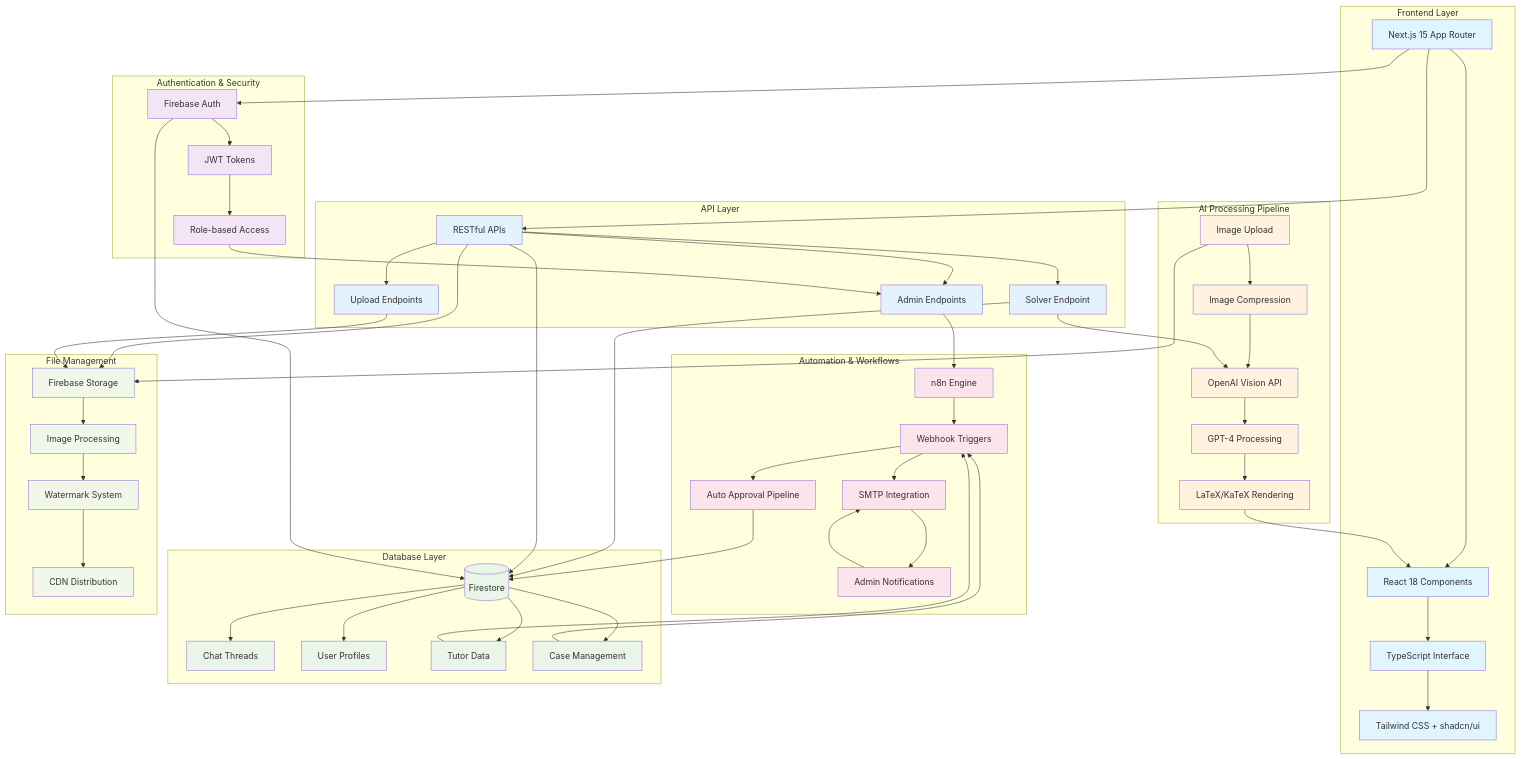
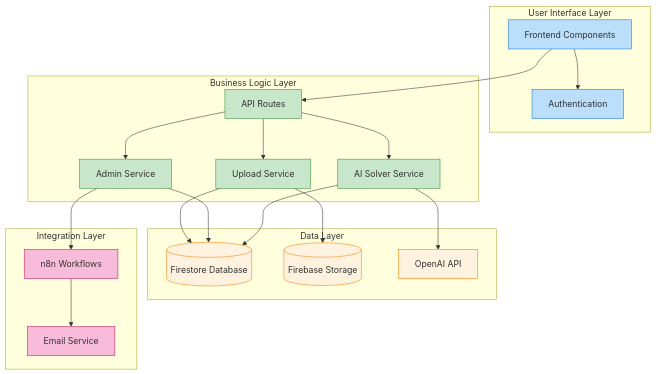
The second of 4 diagrams in README.md (eason034056/tutor-matching), drawn with Mermaid before and after one commit. The commit also changed other lines of this file, not shown here.

````diff
--- a/README.md
+++ b/README.md
@@ -66,121 +97,55 @@
 ```mermaid
-graph TB
-    subgraph "Frontend Layer"
-        A[Next.js 15 App Router]
-        B[React 18 Components]
-        C[TypeScript Interface]
-        D[Tailwind CSS + shadcn/ui]
-        A --> B
-        B --> C
-        C --> D
+graph TD
+    subgraph "User Interface Layer"
+        UI[Frontend Components]
+        Auth[Authentication]
     end
     
-    subgraph "Authentication & Security"
-        E[Firebase Auth]
-        F[JWT Tokens]
-        G[Role-based Access]
-        E --> F
-        F --> G
+    subgraph "Business Logic Layer"
+        API[API Routes]
+        Solver[AI Solver Service]
+        Admin[Admin Service]
+        Upload[Upload Service]
     end
     
-    subgraph "AI Processing Pipeline"
-        H[Image Upload]
-        I[Image Compression]
-        J[OpenAI Vision API]
-        K[GPT-4 Processing]
-        L[LaTeX/KaTeX Rendering]
-        H --> I
-        I --> J
-        J --> K
-        K --> L
+    subgraph "Data Layer"
+        DB[(Firestore Database)]
+        Storage[(Firebase Storage)]
+        AI[OpenAI API]
     end
     
-    subgraph "Database Layer"
-        M[(Firestore)]
-        N[Chat Threads]
-        O[User Profiles]
-        P[Tutor Data]
-        Q[Case Management]
-        M --> N
-        M --> O
-        M --> P
-        M --> Q
+    subgraph "Integration Layer"
+        N8N[n8n Workflows]
+        Email[Email Service]
     end
     
-    subgraph "Automation & Workflows"
-        R[n8n Engine]
-        S[Webhook Triggers]
-        T[SMTP Integration]
-        U[Admin Notifications]
-        V[Auto Approval Pipeline]
-        R --> S
-        S --> T
-        T --> U
-        S --> V
-    end
+    %% Clean connections
+    UI --> Auth
+    UI --> API
     
-    subgraph "File Management"
-        W[Firebase Storage]
-        X[Image Processing]
-        Y[Watermark System]
-        Z[CDN Distribution]
-        W --> X
-        X --> Y
-        Y --> Z
-    end
+    API --> Solver
+    API --> Admin  
+    API --> Upload
     
-    subgraph "API Layer"
-        AA[RESTful APIs]
-        BB[Solver Endpoint]
-        CC[Admin Endpoints]
-        DD[Upload Endpoints]
-        AA --> BB
-        AA --> CC
-        AA --> DD
-    end
+    Solver --> AI
+    Solver --> DB
     
-    %% Frontend connections
-    A --> E
-    A --> AA
+    Admin --> DB
+    Admin --> N8N
     
-    %% AI Pipeline connections
-    BB --> J
-    BB --> M
-    L --> B
+    Upload --> Storage
+    Upload --> DB
     
-    %% Data flow connections
-    AA --> M
-    AA --> W
-    E --> M
-    
-    %% Automation connections
-    CC --> R
-    P --> S
-    Q --> S
-    
-    %% Storage connections
-    DD --> W
-    H --> W
-    
-    %% Cross-system integration
-    G --> CC
-    V --> M
-    U --> T
+    N8N --> Email
     
     %% Styling
-    classDef frontend fill:#e1f5fe
-    classDef auth fill:#f3e5f5
-    classDef ai fill:#fff3e0
-    classDef database fill:#e8f5e8
-    classDef automation fill:#fce4ec
-    classDef storage fill:#f1f8e9
-    classDef api fill:#e3f2fd
+    classDef ui fill:#bbdefb,stroke:#1976d2
+    classDef logic fill:#c8e6c9,stroke:#388e3c
+    classDef data fill:#fff3e0,stroke:#f57c00
+    classDef integration fill:#f8bbd9,stroke:#c2185b
     
-    class A,B,C,D frontend
-    class E,F,G auth
-    class H,I,J,K,L ai
-    class M,N,O,P,Q database
-    class R,S,T,U,V automation
-    class W,X,Y,Z storage
-    class AA,BB,CC,DD api
+    class UI,Auth ui
+    class API,Solver,Admin,Upload logic
+    class DB,Storage,AI data
+    class N8N,Email integration
 ```
````
